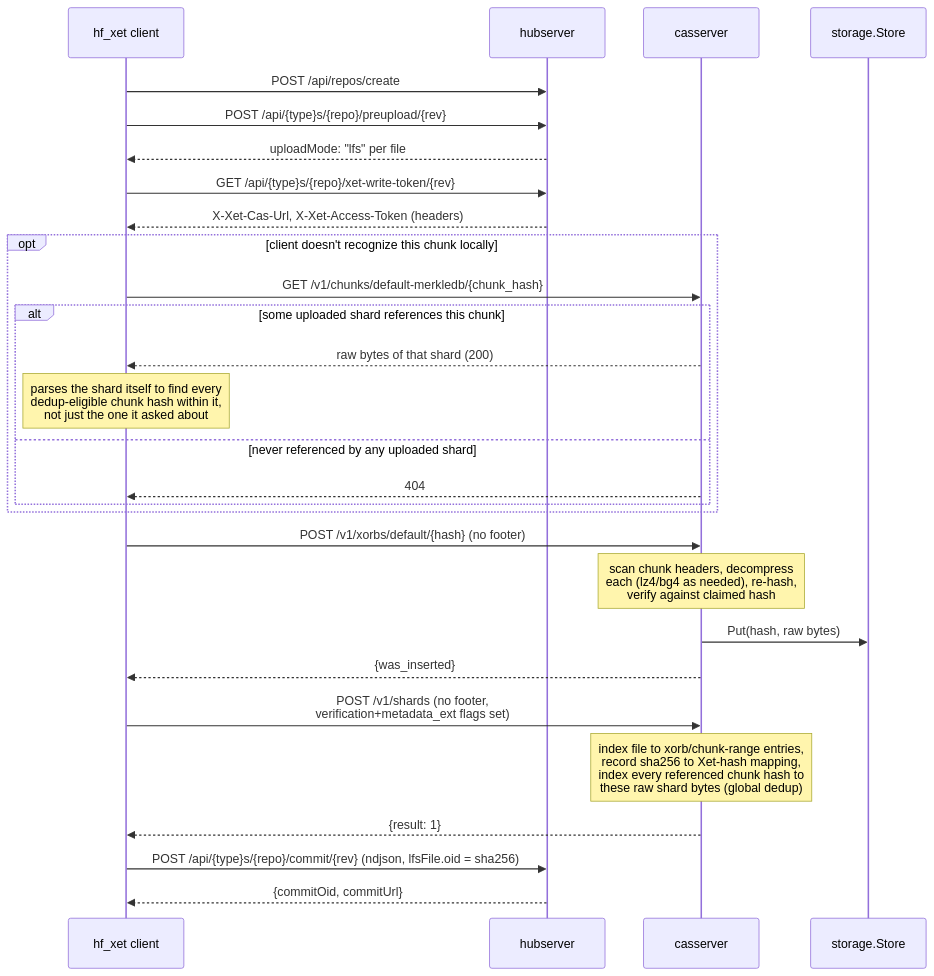
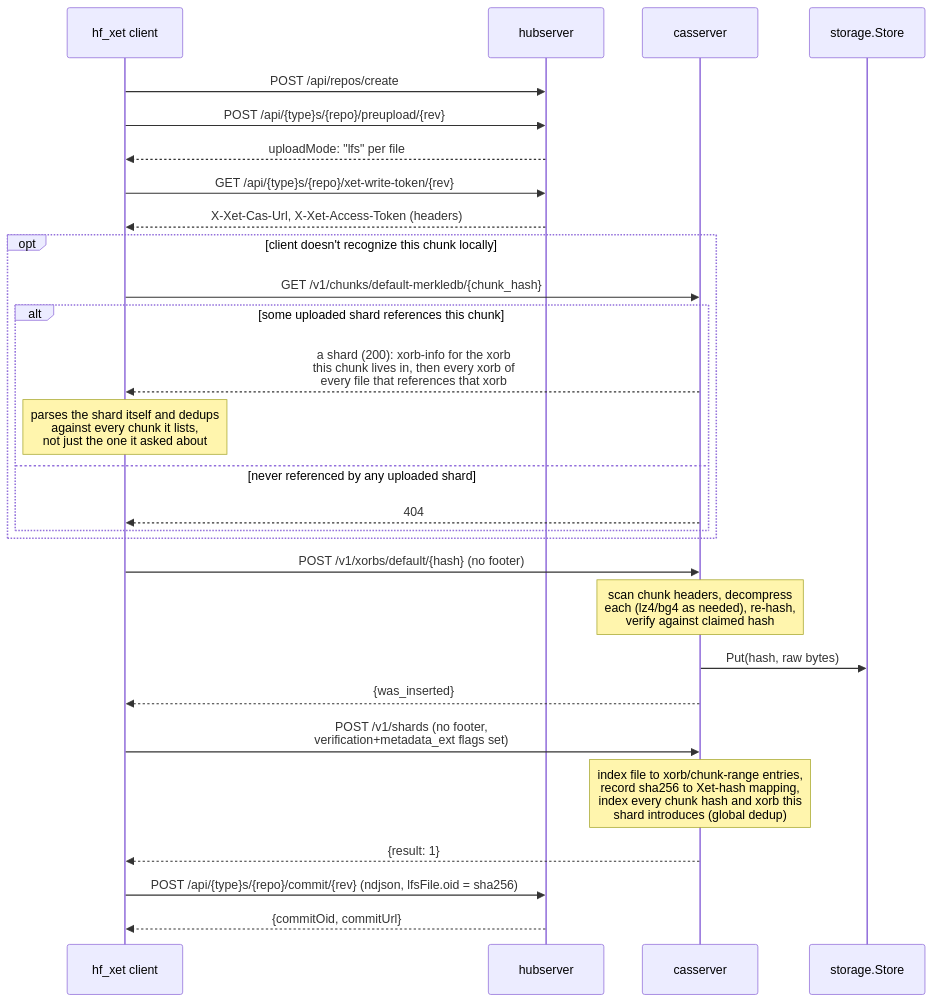
Before and after one commit to Taytay/xet-server: the third of 4 diagrams in docs/ARCHITECTURE.md, drawn with Mermaid. The commit also changed other lines of this file, not shown here.

Commit message:
docs: the upload flow's dedup answer is assembled, not the raw shard
ARCHITECTURE.md still described the global-dedup response as the raw
bytes of the shard that referenced the chunk, which stopped being true
with the footer fix and is further from true now that the answer
covers the file.

Claude-Session: https://claude.ai/code/session_01GwxEhYriLqTwWYAX9YHdcX

````diff
--- a/docs/ARCHITECTURE.md
+++ b/docs/ARCHITECTURE.md
@@ -172,35 +172,35 @@
 ```mermaid
 sequenceDiagram
     participant Client as hf_xet client
     participant Hub as hubserver
     participant CAS as casserver
     participant Store as storage.Store
 
     Client->>Hub: POST /api/repos/create
     Client->>Hub: POST /api/{type}s/{repo}/preupload/{rev}
     Hub-->>Client: uploadMode: "lfs" per file
     Client->>Hub: GET /api/{type}s/{repo}/xet-write-token/{rev}
     Hub-->>Client: X-Xet-Cas-Url, X-Xet-Access-Token (headers)
 
     opt client doesn't recognize this chunk locally
         Client->>CAS: GET /v1/chunks/default-merkledb/{chunk_hash}
         alt some uploaded shard references this chunk
-            CAS-->>Client: raw bytes of that shard (200)
-            Note over Client: parses the shard itself to find every<br/>dedup-eligible chunk hash within it,<br/>not just the one it asked about
+            CAS-->>Client: a shard (200): xorb-info for the xorb<br/>this chunk lives in, then every xorb of<br/>every file that references that xorb
+            Note over Client: parses the shard itself and dedups<br/>against every chunk it lists,<br/>not just the one it asked about
         else never referenced by any uploaded shard
             CAS-->>Client: 404
         end
     end
 
     Client->>CAS: POST /v1/xorbs/default/{hash}  (no footer)
     Note over CAS: scan chunk headers, decompress<br/>each (lz4/bg4 as needed), re-hash,<br/>verify against claimed hash
     CAS->>Store: Put(hash, raw bytes)
     CAS-->>Client: {was_inserted}
 
     Client->>CAS: POST /v1/shards  (no footer,<br/>verification+metadata_ext flags set)
-    Note over CAS: index file to xorb/chunk-range entries,<br/>record sha256 to Xet-hash mapping,<br/>index every referenced chunk hash to<br/>these raw shard bytes (global dedup)
+    Note over CAS: index file to xorb/chunk-range entries,<br/>record sha256 to Xet-hash mapping,<br/>index every chunk hash and xorb this<br/>shard introduces (global dedup)
     CAS-->>Client: {result: 1}
 
     Client->>Hub: POST /api/{type}s/{repo}/commit/{rev}  (ndjson, lfsFile.oid = sha256)
     Hub-->>Client: {commitOid, commitUrl}
 ```
````
